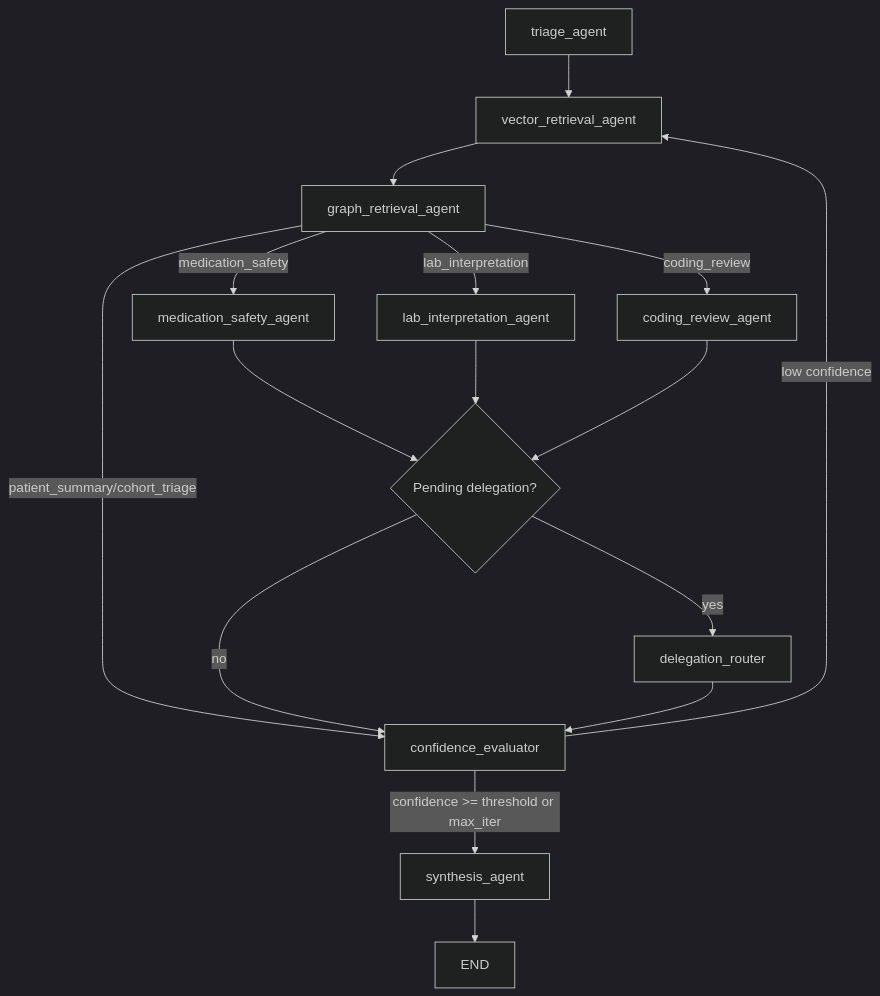
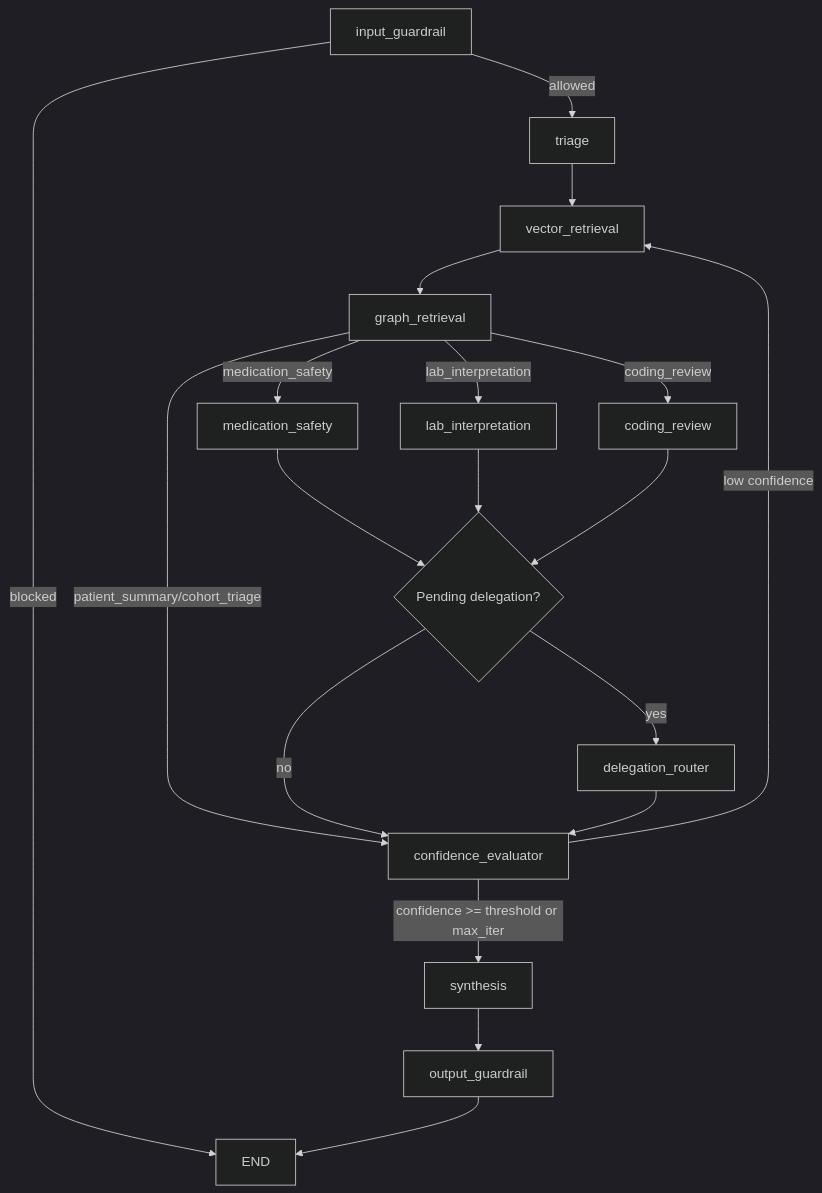
One commit to wchen-dea/Agentic-AI-Healthcare-GraphRAG changed the diagram in docs/05_ai_agents.md. Above: the diagram before and after it, drawn with Mermaid (dark theme). The commit also changed other lines of this file and 26 other files, not shown here.

````diff
--- a/docs/05_ai_agents.md
+++ b/docs/05_ai_agents.md
@@ -617,18 +617,21 @@
 ```mermaid
 graph TD
-    A[triage_agent] --> B[vector_retrieval_agent]
-    B --> C[graph_retrieval_agent]
-    C -->|medication_safety| D[medication_safety_agent]
-    C -->|lab_interpretation| E[lab_interpretation_agent]
-    C -->|coding_review| F[coding_review_agent]
+    S[input_guardrail] -->|allowed| A[triage]
+    S -->|blocked| I[END]
+    A --> B[vector_retrieval]
+    B --> C[graph_retrieval]
+    C -->|medication_safety| D[medication_safety]
+    C -->|lab_interpretation| E[lab_interpretation]
+    C -->|coding_review| F[coding_review]
     C -->|patient_summary/cohort_triage| G[confidence_evaluator]
     D --> J{Pending delegation?}
     E --> J
     F --> J
     J -->|yes| K[delegation_router]
     J -->|no| G
     K --> G
-    G -->|confidence >= threshold or max_iter| H[synthesis_agent]
+    G -->|confidence >= threshold or max_iter| H[synthesis]
     G -->|low confidence| B
-    H --> I[END]
+    H --> O[output_guardrail]
+    O --> I
 ```
````
